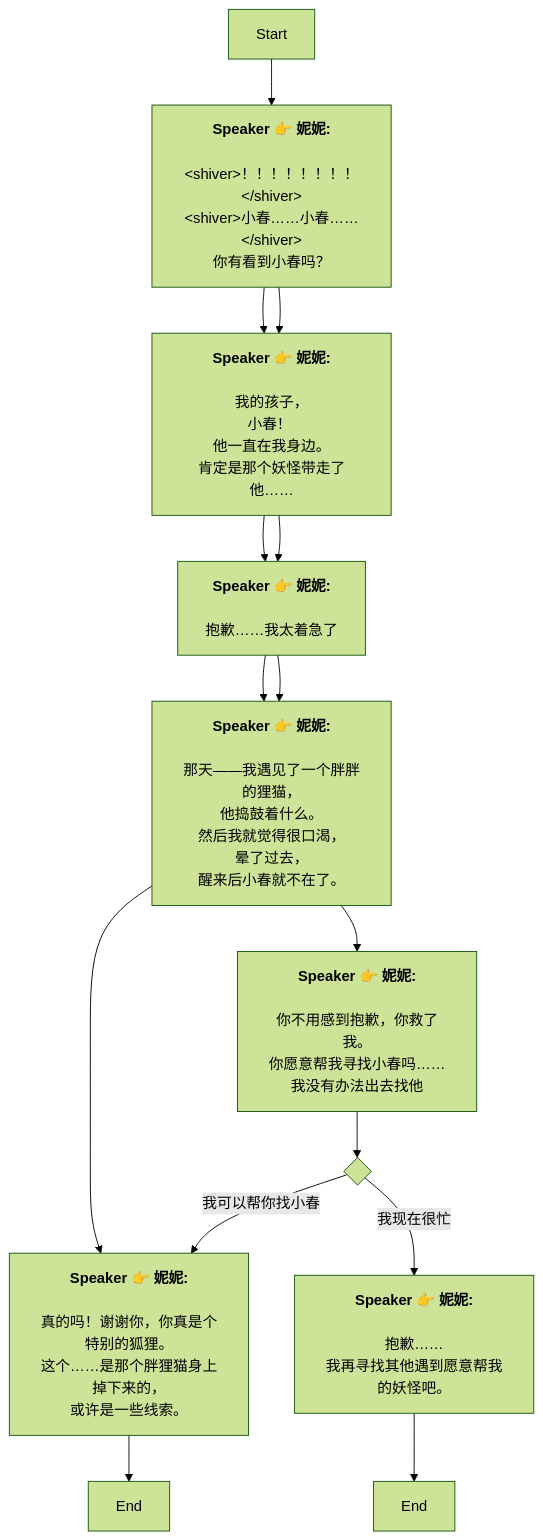
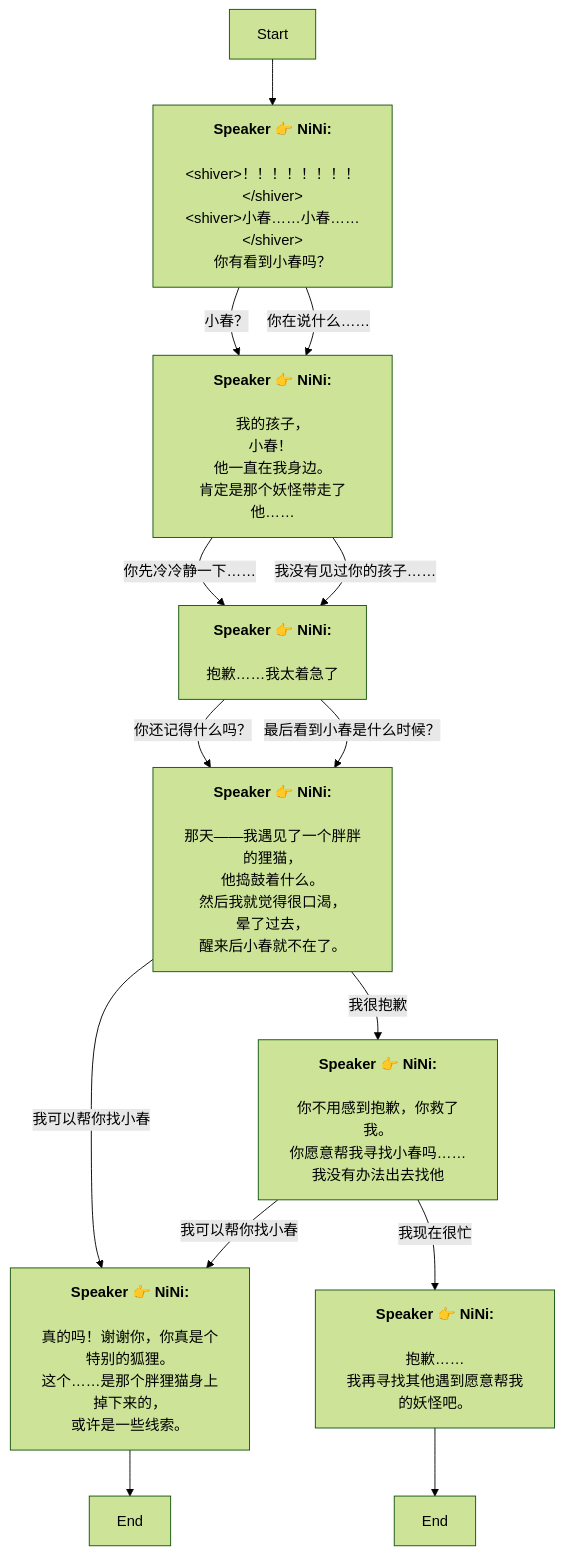
Before and after one commit to SoftHu/tos_avg: the diagram in Zh/QuestTalkObjectiveNode_1766053212522197.md, drawn with Mermaid (forest theme). The commit also changed 737 other files, not shown here.

````diff
--- a/Zh/QuestTalkObjectiveNode_1766053212522197.md
+++ b/Zh/QuestTalkObjectiveNode_1766053212522197.md
@@ -1,63 +1,42 @@
 ```mermaid
 graph
-Start -->1766053515595483[<b>Speaker 👉 妮妮:</b>
-
-&lt;shiver&gt;！！！！！！！！&lt;/shiver&gt;
-&lt;shiver&gt;小春……小春……&lt;/shiver&gt;
-你有看到小春吗？]
-1766053515595483 -->1766055012627169[<b>Speaker 👉 妮妮:</b>
-
-我的孩子，
+Start -->1766053515595483[<b>Speaker 👉 NiNi:</b>
+\n&lt;shiver&gt;！！！！！！！！&lt;/shiver&gt;\n&lt;shiver&gt;小春……小春……&lt;/shiver&gt;\n你有看到小春吗？]
+1766053515595483 -->|小春？|1766055012627169[<b>Speaker 👉 NiNi:</b>
+\n我的孩子，
 小春！ 
-他一直在我身边。
-肯定是那个妖怪带走了他……]
-1766053515595483 -->1766055012627169[<b>Speaker 👉 妮妮:</b>
-
-我的孩子，
+他一直在我身边。\n肯定是那个妖怪带走了他……]
+1766053515595483 -->|你在说什么……|1766055012627169[<b>Speaker 👉 NiNi:</b>
+\n我的孩子，
 小春！ 
-他一直在我身边。
-肯定是那个妖怪带走了他……]
-1766055012627169 -->1766056153452252[<b>Speaker 👉 妮妮:</b>
-
-抱歉……我太着急了]
-1766055012627169 -->1766056153452252[<b>Speaker 👉 妮妮:</b>
-
-抱歉……我太着急了]
-1766056153452252 -->1766056200126178[<b>Speaker 👉 妮妮:</b>
-
-那天——我遇见了一个胖胖的狸猫，
-他捣鼓着什么。
-然后我就觉得很口渴，
+他一直在我身边。\n肯定是那个妖怪带走了他……]
+1766055012627169 -->|你先冷冷静一下……|1766056153452252[<b>Speaker 👉 NiNi:</b>
+\n抱歉……我太着急了]
+1766055012627169 -->|我没有见过你的孩子……|1766056153452252[<b>Speaker 👉 NiNi:</b>
+\n抱歉……我太着急了]
+1766056153452252 -->|你还记得什么吗？|1766056200126178[<b>Speaker 👉 NiNi:</b>
+\n那天——我遇见了一个胖胖的狸猫，
+他捣鼓着什么。\n然后我就觉得很口渴，
 晕了过去，
 醒来后小春就不在了。]
-1766056153452252 -->1766056200126178[<b>Speaker 👉 妮妮:</b>
-
-那天——我遇见了一个胖胖的狸猫，
-他捣鼓着什么。
-然后我就觉得很口渴，
+1766056153452252 -->|最后看到小春是什么时候？|1766056200126178[<b>Speaker 👉 NiNi:</b>
+\n那天——我遇见了一个胖胖的狸猫，
+他捣鼓着什么。\n然后我就觉得很口渴，
 晕了过去，
 醒来后小春就不在了。]
-1766056200126178 -->1766056269282024[<b>Speaker 👉 妮妮:</b>
-
-真的吗！谢谢你，你真是个特别的狐狸。
-这个……是那个胖狸猫身上掉下来的，
+1766056200126178 -->|我可以帮你找小春|1766056269282024[<b>Speaker 👉 NiNi:</b>
+\n真的吗！谢谢你，你真是个特别的狐狸。\n这个……是那个胖狸猫身上掉下来的，
 或许是一些线索。]
-1766056200126178 -->1766056329715434[<b>Speaker 👉 妮妮:</b>
-
-你不用感到抱歉，你救了我。
-你愿意帮我寻找小春吗……
+1766056200126178 -->|我很抱歉|1766056329715434[<b>Speaker 👉 NiNi:</b>
+\n你不用感到抱歉，你救了我。\n你愿意帮我寻找小春吗……
 我没有办法出去找他]
 1766056269282024 -->1766056308926185[End]
-1766056329715434 -->1766056347334383{ }
-1766056347334383 -->|我可以帮你找小春|1766056269282024[<b>Speaker 👉 妮妮:</b>
-
-真的吗！谢谢你，你真是个特别的狐狸。
-这个……是那个胖狸猫身上掉下来的，
+1766056329715434 -->|我可以帮你找小春|1766056269282024[<b>Speaker 👉 NiNi:</b>
+\n真的吗！谢谢你，你真是个特别的狐狸。\n这个……是那个胖狸猫身上掉下来的，
 或许是一些线索。]
-1766056347334383 -->|我现在很忙|1766056401217265[<b>Speaker 👉 妮妮:</b>
-
-抱歉……
+1766056329715434 -->|我现在很忙|1766056401217265[<b>Speaker 👉 NiNi:</b>
+\n抱歉……
 我再寻找其他遇到愿意帮我的妖怪吧。]
 1766056401217265 -->1766056390392560[End]
 
- ```
+```
````
